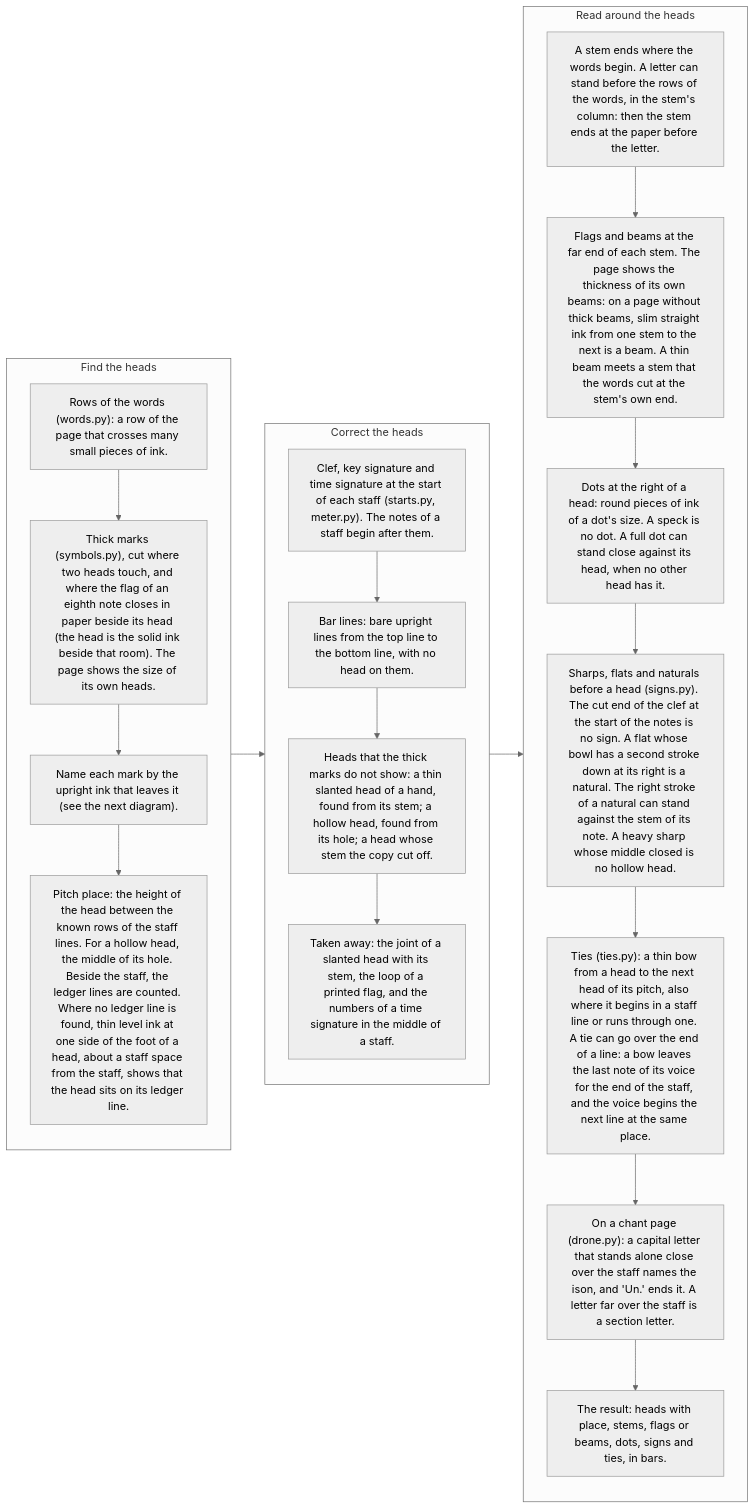
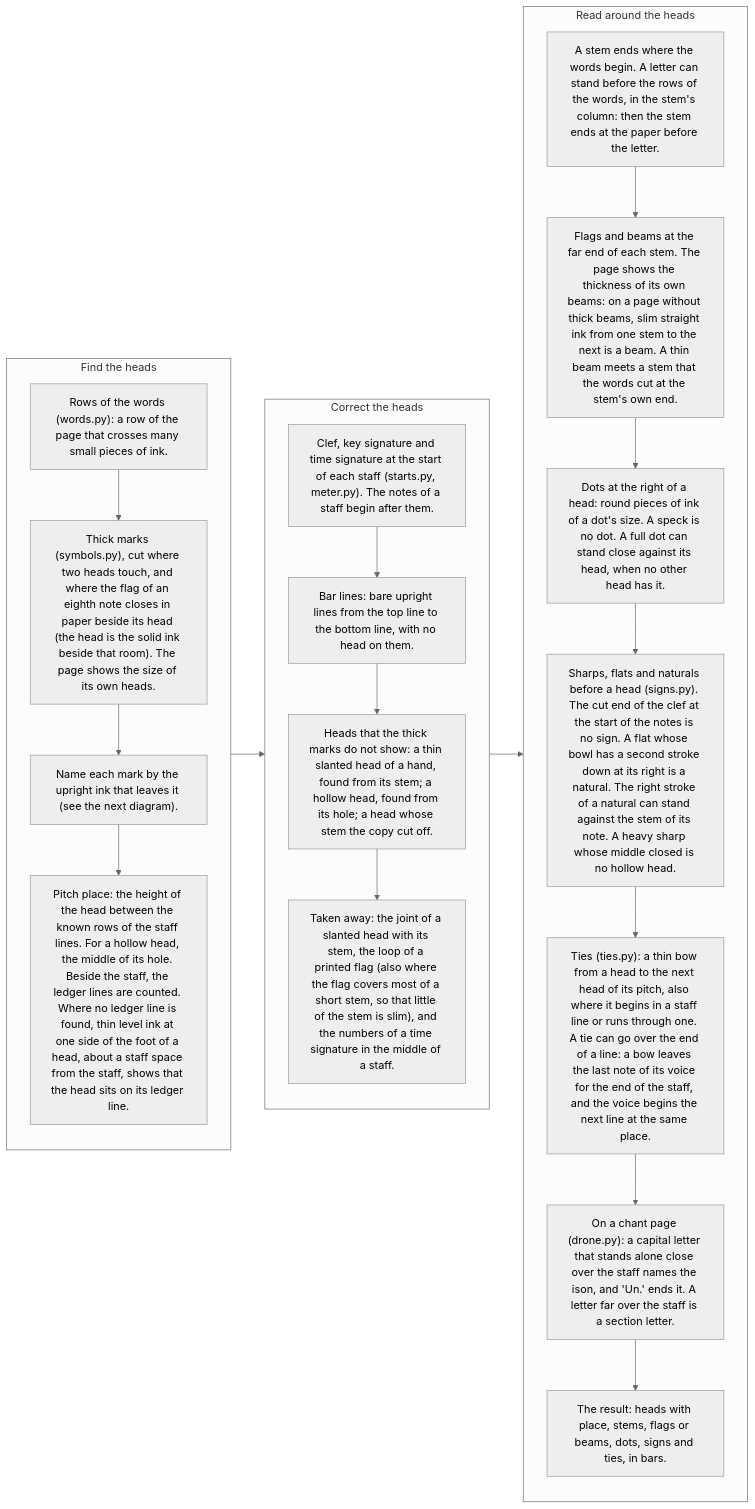
Before and after one commit to sweet-cicero/ScoreReader: the fourth of 12 diagrams in README.md, drawn with Mermaid (neutral theme). The commit also changed other lines of this file and 4 other files, not shown here.

````diff
--- a/README.md
+++ b/README.md
@@ -147,31 +150,31 @@
 ```mermaid
 flowchart LR
     subgraph find["Find the heads"]
         direction TB
         f0["Rows of the words (words.py): a row of the page that crosses many small pieces of ink."]
         f1["Thick marks (symbols.py), cut where two heads touch, and where the flag of an eighth note closes in paper beside its head (the head is the solid ink beside that room). The page shows the size of its own heads."]
         f2["Name each mark by the upright ink that leaves it (see the next diagram)."]
         f3["Pitch place: the height of the head between the known rows of the staff lines. For a hollow head, the middle of its hole. Beside the staff, the ledger lines are counted. Where no ledger line is found, thin level ink at one side of the foot of a head, about a staff space from the staff, shows that the head sits on its ledger line."]
         f0 --> f1 --> f2 --> f3
     end
     subgraph more["Correct the heads"]
         direction TB
         m1["Clef, key signature and time signature at the start of each staff (starts.py, meter.py). The notes of a staff begin after them."]
         m2["Bar lines: bare upright lines from the top line to the bottom line, with no head on them."]
         m3["Heads that the thick marks do not show: a thin slanted head of a hand, found from its stem; a hollow head, found from its hole; a head whose stem the copy cut off."]
-        m4["Taken away: the joint of a slanted head with its stem, the loop of a printed flag, and the numbers of a time signature in the middle of a staff."]
+        m4["Taken away: the joint of a slanted head with its stem, the loop of a printed flag (also where the flag covers most of a short stem, so that little of the stem is slim), and the numbers of a time signature in the middle of a staff."]
         m1 --> m2 --> m3 --> m4
     end
     subgraph around["Read around the heads"]
         direction TB
         a1["A stem ends where the words begin. A letter can stand before the rows of the words, in the stem's column: then the stem ends at the paper before the letter."]
         a2["Flags and beams at the far end of each stem. The page shows the thickness of its own beams: on a page without thick beams, slim straight ink from one stem to the next is a beam. A thin beam meets a stem that the words cut at the stem's own end."]
         a3["Dots at the right of a head: round pieces of ink of a dot's size. A speck is no dot. A full dot can stand close against its head, when no other head has it."]
         a4["Sharps, flats and naturals before a head (signs.py). The cut end of the clef at the start of the notes is no sign. A flat whose bowl has a second stroke down at its right is a natural. The right stroke of a natural can stand against the stem of its note. A heavy sharp whose middle closed is no hollow head."]
         a5["Ties (ties.py): a thin bow from a head to the next head of its pitch, also where it begins in a staff line or runs through one. A tie can go over the end of a line: a bow leaves the last note of its voice for the end of the staff, and the voice begins the next line at the same place."]
         a6["On a chant page (drone.py): a capital letter that stands alone close over the staff names the ison, and 'Un.' ends it. A letter far over the staff is a section letter."]
         a7["The result: heads with place, stems, flags or beams, dots, signs and ties, in bars."]
         a1 --> a2 --> a3 --> a4 --> a5 --> a6 --> a7
     end
     find --> more --> around
 ```
````
